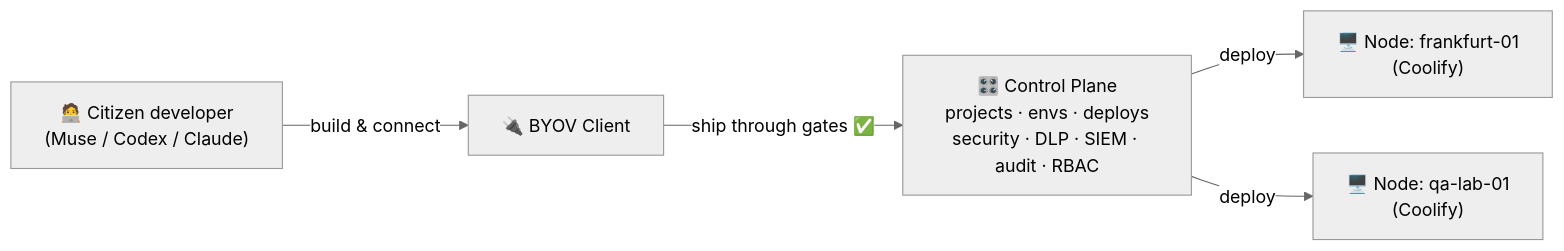
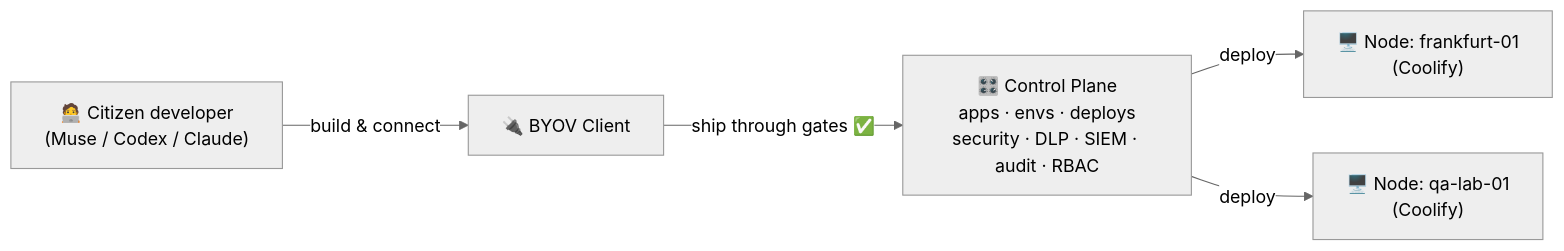
Before and after one commit to michalmie/byov: the diagram in README.md, drawn with Mermaid (neutral theme). The commit also changed other lines of this file and 16 other files, not shown here.

First line of the commit message:
refactor: rename Projects to Apps across UI, routes and code (#3)

````diff
--- a/README.md
+++ b/README.md
@@ -81,13 +82,13 @@
 ```mermaid
 flowchart LR
     Dev["🧑‍💻 Citizen developer<br/>(Muse / Codex / Claude)"]
     Client["🔌 BYOV Client"]
-    CP["🎛️ Control Plane<br/>projects · envs · deploys<br/>security · DLP · SIEM · audit · RBAC"]
+    CP["🎛️ Control Plane<br/>apps · envs · deploys<br/>security · DLP · SIEM · audit · RBAC"]
     NodeA["🖥️ Node: frankfurt-01<br/>(Coolify)"]
     NodeB["🖥️ Node: qa-lab-01<br/>(Coolify)"]
 
     Dev -->|build & connect| Client
     Client -->|ship through gates ✅| CP
     CP -->|deploy| NodeA
     CP -->|deploy| NodeB
 ```
````
